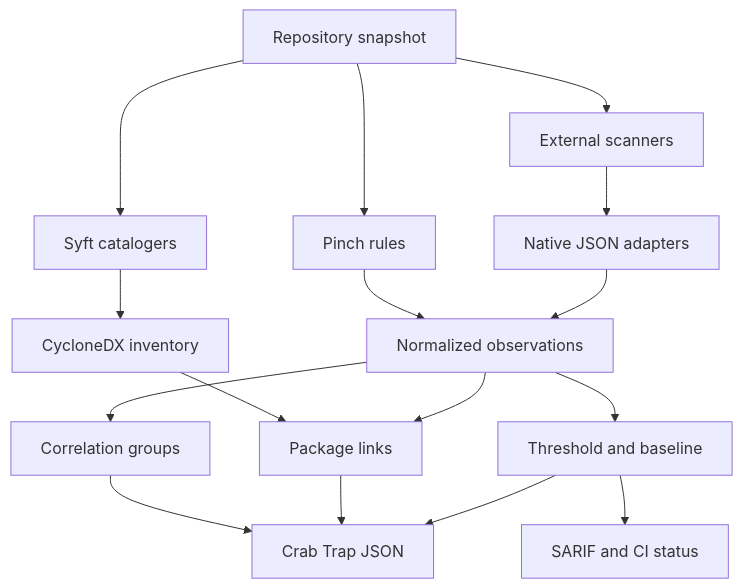
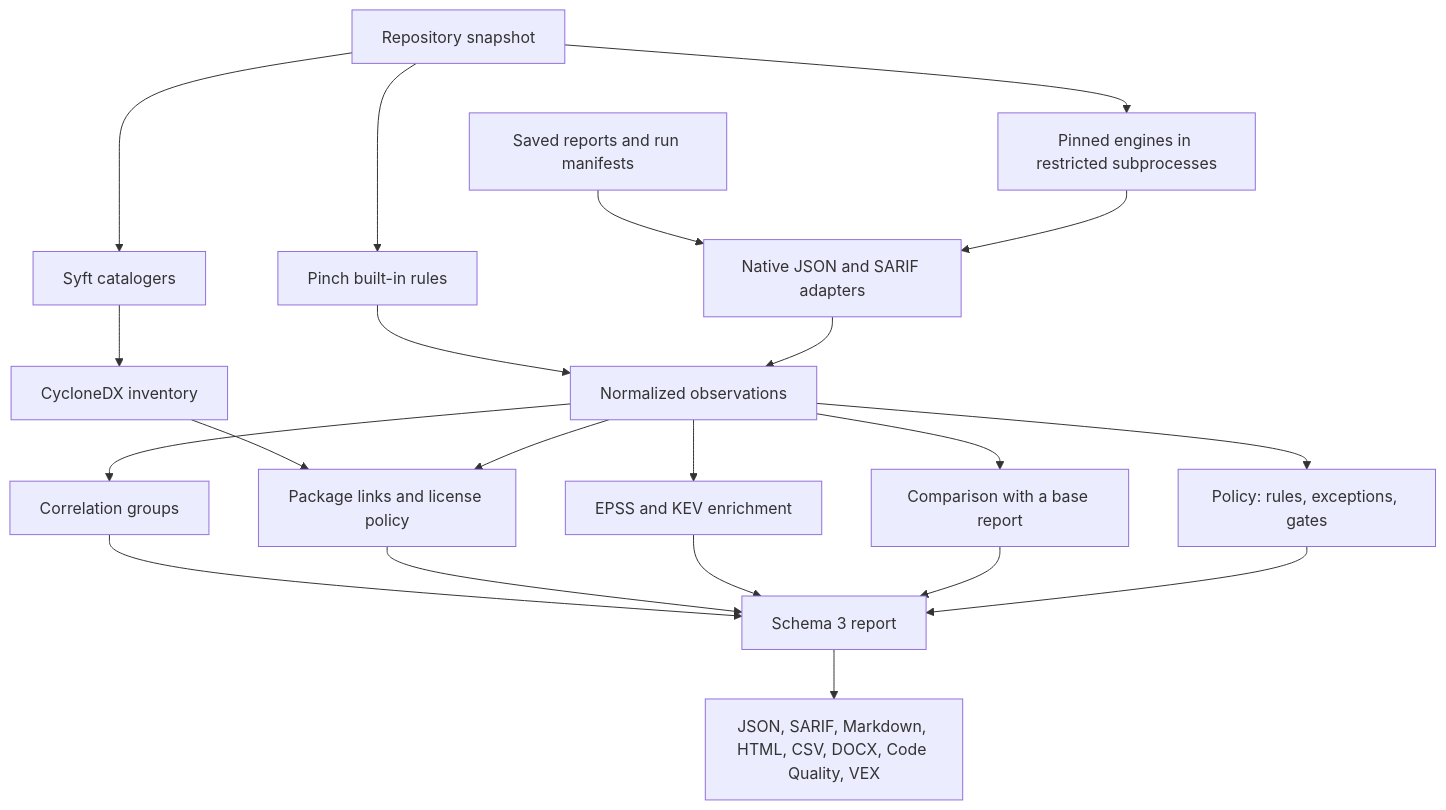
The diagram in docs/architecture.md (gepardjaro/crab-risk-scan), drawn with Mermaid before and after one commit. The commit also changed other lines of this file and 12 other files, not shown here.

````diff
--- a/docs/architecture.md
+++ b/docs/architecture.md
@@ -5,18 +5,23 @@
 ```mermaid
 flowchart TD
-  S["Repository snapshot"] --> P["Pinch rules"]
-  S --> E["External scanners"]
+  S["Repository snapshot"] --> P["Pinch built-in rules"]
+  S --> E["Pinned engines in restricted subprocesses"]
+  R["Saved reports and run manifests"] --> A
+  E --> A["Native JSON and SARIF adapters"]
   S --> Y["Syft catalogers"]
-  E --> A["Native JSON adapters"]
   P --> O["Normalized observations"]
   A --> O
   O --> G["Correlation groups"]
   Y --> B["CycloneDX inventory"]
-  B --> J["Package links"]
+  B --> J["Package links and license policy"]
   O --> J
-  O --> T["Threshold and baseline"]
-  G --> R["Crab Trap JSON"]
-  J --> R
-  T --> R
-  T --> F["SARIF and CI status"]
+  O --> X["EPSS and KEV enrichment"]
+  O --> C["Comparison with a base report"]
+  O --> T["Policy: rules, exceptions, gates"]
+  G --> RPT["Schema 3 report"]
+  J --> RPT
+  X --> RPT
+  C --> RPT
+  T --> RPT
+  RPT --> OUT["JSON, SARIF, Markdown, HTML, CSV, DOCX, Code Quality, VEX"]
 ```
````
